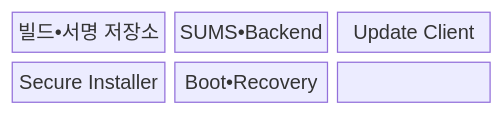
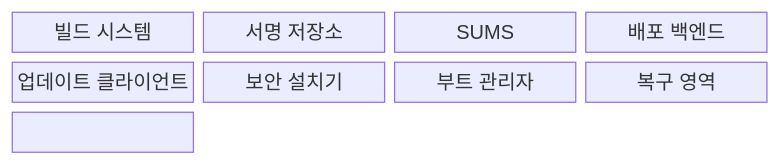
Before and after one commit to agnusdei1207/knowledge-base: the first of 2 diagrams in src/content/docs/notes/08-latest-tech/205_ota_update.md, drawn with Mermaid. The commit also changed other lines of this file and 20 other files, not shown here.

````diff
--- a/src/content/docs/notes/08-latest-tech/205_ota_update.md
+++ b/src/content/docs/notes/08-latest-tech/205_ota_update.md
@@ -66,11 +71,14 @@
 ```mermaid
 block-beta
-  columns 3
-  N0["빌드•서명 저장소"]
-  N1["SUMS•Backend"]
-  N2["Update Client"]
-  N3["Secure Installer"]
-  N4["Boot•Recovery"]
-  N0 --- N1 --- N2
-  N2 --- N3 --- N4
+  columns 4
+  N0["빌드 시스템"]
+  N1["서명 저장소"]
+  N2["SUMS"]
+  N3["배포 백엔드"]
+  N4["업데이트 클라이언트"]
+  N5["보안 설치기"]
+  N6["부트 관리자"]
+  N7["복구 영역"]
+  N0 --- N1 --- N2 --- N3
+  N3 --- N4 --- N5 --- N6 --- N7
 ```
````
